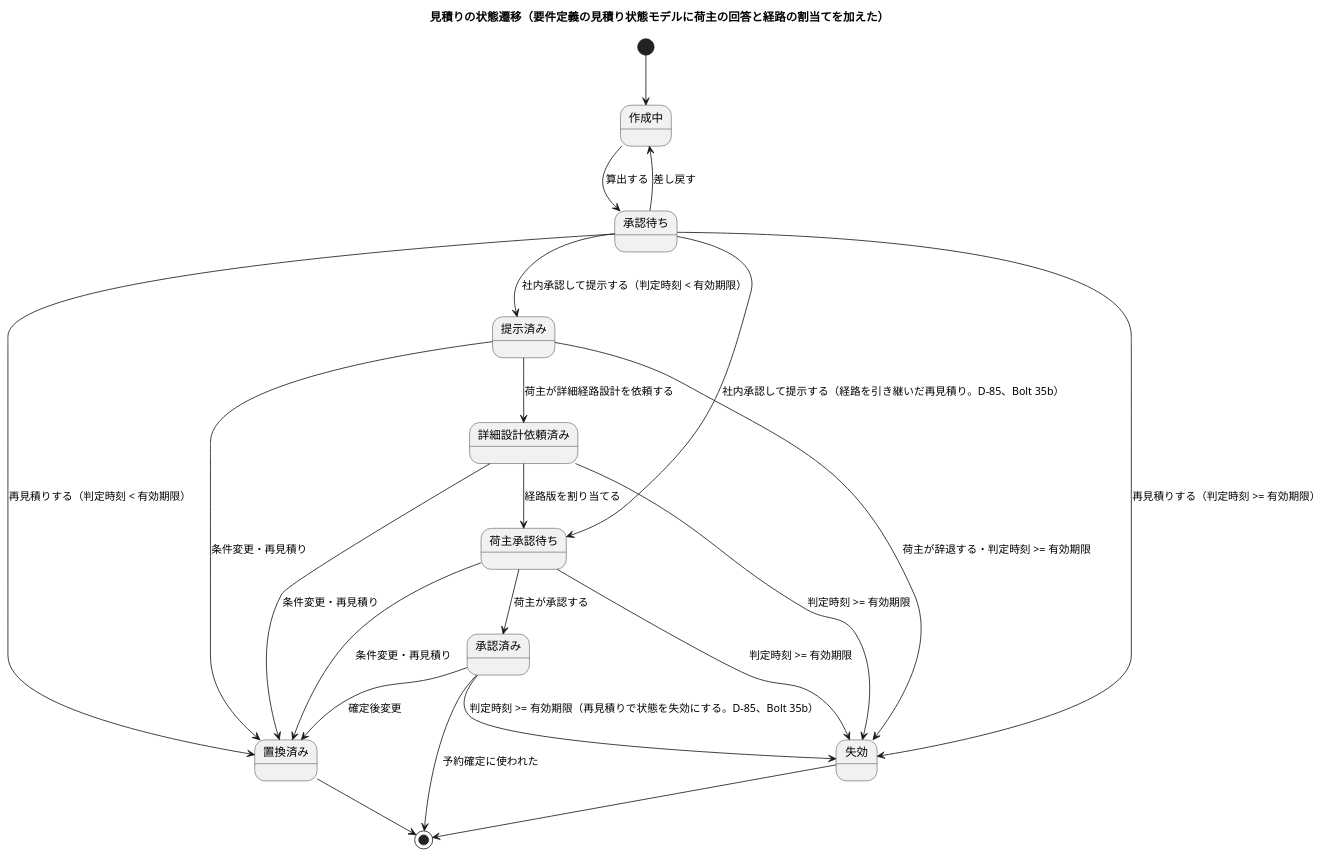
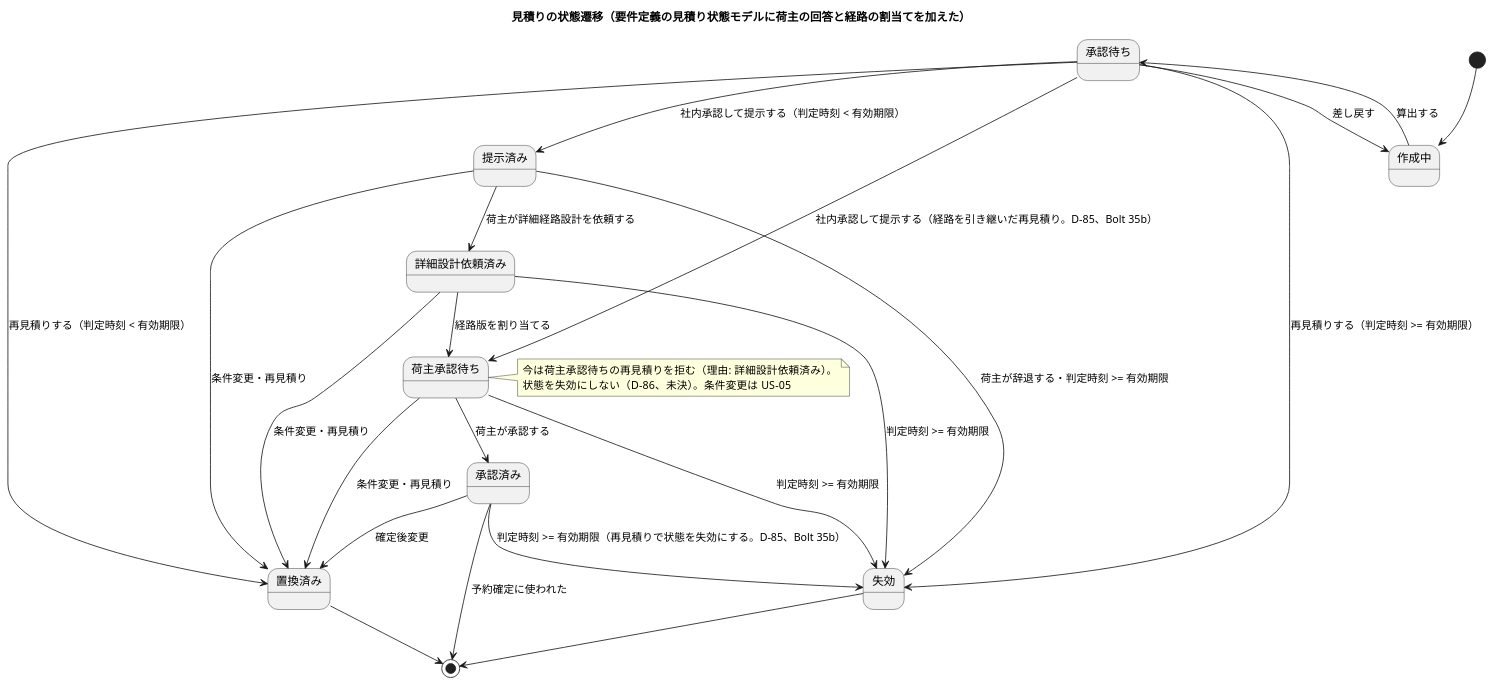
One commit to k2works/practical-domain-driven-design-in-enterpris-application changed the fifth of 23 diagrams in docs/design/cargo-tracker/domain_model.md. Above: the diagram before and after it, drawn with PlantUML. The commit also changed other lines of this file and 14 other files, not shown here.

````diff
--- a/docs/design/cargo-tracker/domain_model.md
+++ b/docs/design/cargo-tracker/domain_model.md
@@ -495,26 +494,30 @@
 ```plantuml
 @startuml
 title 見積りの状態遷移（要件定義の見積り状態モデルに荷主の回答と経路の割当てを加えた）
 [*] --> 作成中
 作成中 --> 承認待ち : 算出する
 承認待ち --> 提示済み : 社内承認して提示する（判定時刻 < 有効期限）
 承認待ち --> 荷主承認待ち : 社内承認して提示する（経路を引き継いだ再見積り。D-85、Bolt 35b）
 承認待ち --> 作成中 : 差し戻す
 承認待ち --> 置換済み : 再見積りする（判定時刻 < 有効期限）
 承認待ち --> 失効 : 再見積りする（判定時刻 >= 有効期限）
 提示済み --> 詳細設計依頼済み : 荷主が詳細経路設計を依頼する
 詳細設計依頼済み --> 荷主承認待ち : 経路版を割り当てる
 荷主承認待ち --> 承認済み : 荷主が承認する
 提示済み --> 失効 : 荷主が辞退する・判定時刻 >= 有効期限
 詳細設計依頼済み --> 失効 : 判定時刻 >= 有効期限
 荷主承認待ち --> 失効 : 判定時刻 >= 有効期限
 承認済み --> 失効 : 判定時刻 >= 有効期限（再見積りで状態を失効にする。D-85、Bolt 35b）
 提示済み --> 置換済み : 条件変更・再見積り
 詳細設計依頼済み --> 置換済み : 条件変更・再見積り
 荷主承認待ち --> 置換済み : 条件変更・再見積り
+note right of 荷主承認待ち
+  今は荷主承認待ちの再見積りを拒む（理由: 詳細設計依頼済み）。
+  状態を失効にしない（D-86、未決）。条件変更は US-05
+end note
 承認済み --> 置換済み : 確定後変更
 失効 --> [*]
 置換済み --> [*]
 承認済み --> [*] : 予約確定に使われた
 @enduml
 ```
````
